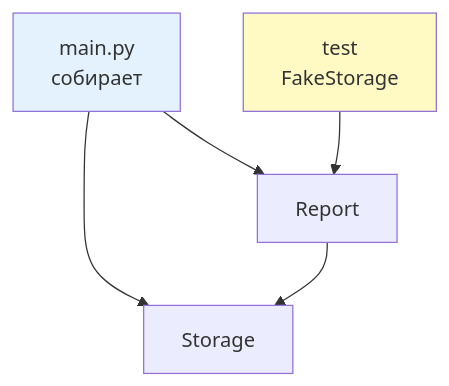
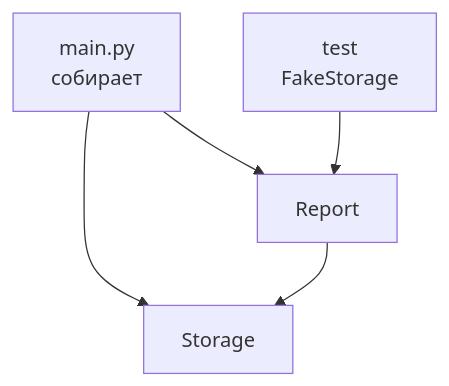
The second of 2 diagrams in 02_Курсы/01. Инженерные практики Python/01_Лекции/17. Внедрение зависимостей.md (JayStorm228/College), drawn with Mermaid before and after one commit. The commit also changed other lines of this file and 30 other files, not shown here.

First line of the commit message:
переименование NumPy лекций под академические заголовки + стандартные диаграммы

````diff
--- a/02_Курсы/01. Инженерные практики Python/01_Лекции/17. Внедрение зависимостей.md
+++ b/02_Курсы/01. Инженерные практики Python/01_Лекции/17. Внедрение зависимостей.md
@@ -129,9 +127,7 @@
 ```mermaid
 flowchart TD
   M[main.py<br>собирает] --> R[Report]
   M --> S[Storage]
   R --> S
   T[test<br>FakeStorage] --> R
-  style M fill:#e3f2fd
-  style T fill:#fff9c4
 ```
````
